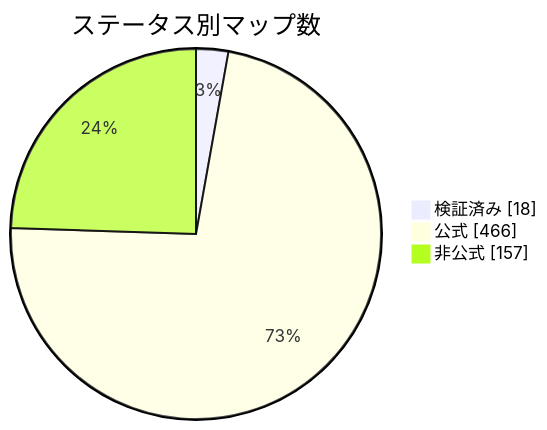
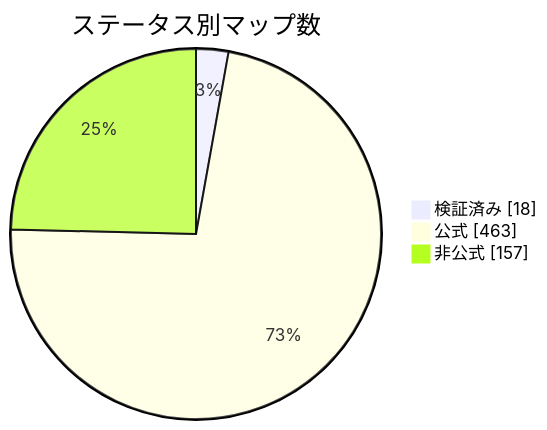
One commit to nobrega8/mbmap-library changed the diagram in docs/readme/README_JP.md. Above: the diagram before and after it, drawn with Mermaid. The commit also changed 10 other files, not shown here.

````diff
--- a/docs/readme/README_JP.md
+++ b/docs/readme/README_JP.md
@@ -54,7 +54,7 @@
 ```mermaid
 pie showData
     title ステータス別マップ数
     "検証済み" : 18
-    "公式" : 466
+    "公式" : 463
     "非公式" : 157
 ```
````
